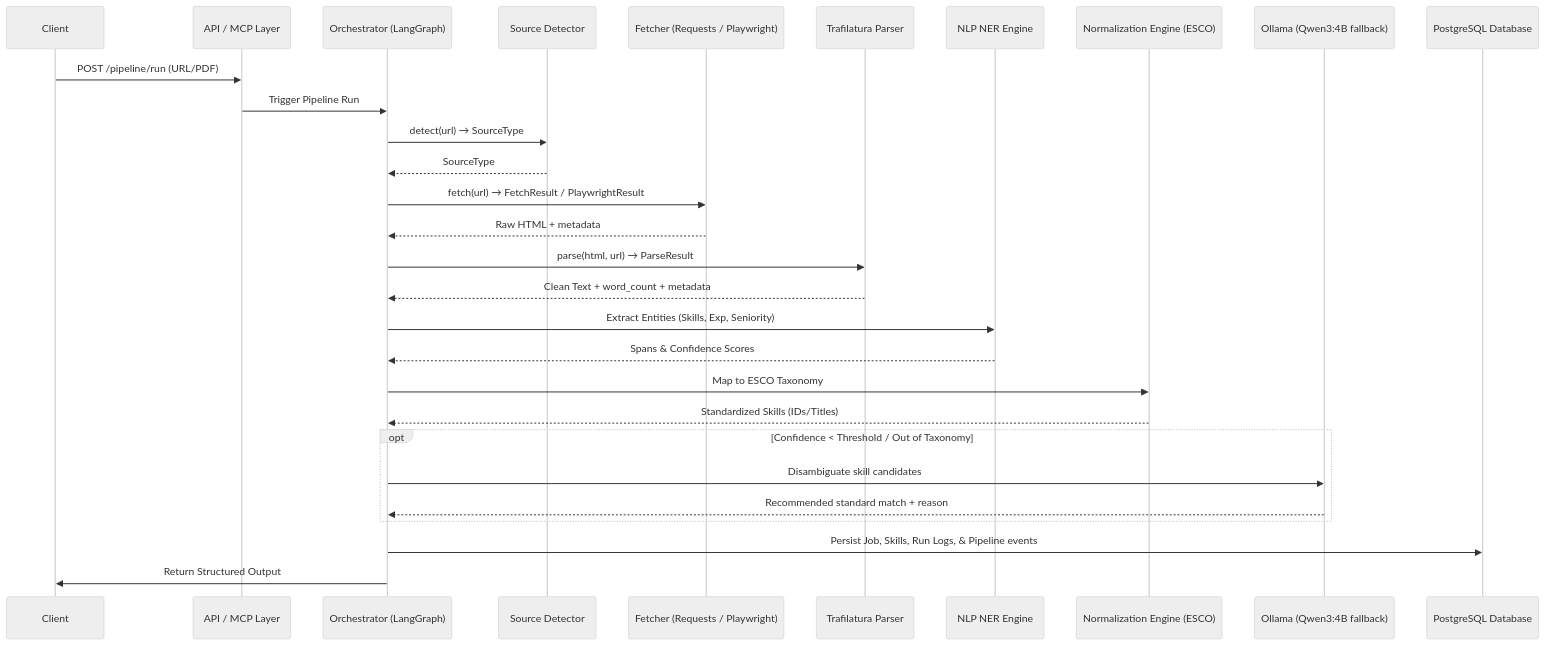
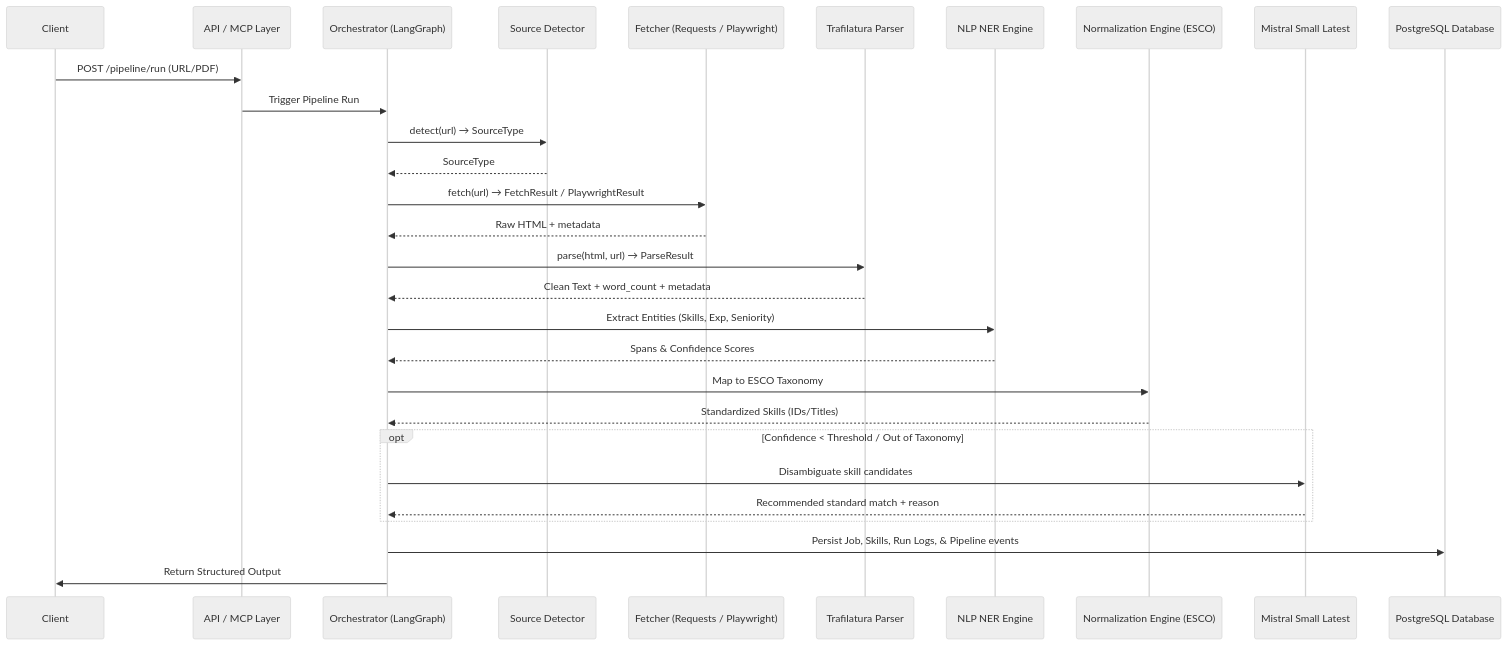
One commit to sbkxd/Job-Desription-Parser changed the second of 5 diagrams in architecture.md. Above: the diagram before and after it, drawn with Mermaid (neutral theme). The commit also changed other lines of this file and 17 other files, not shown here.

````diff
--- a/architecture.md
+++ b/architecture.md
@@ -97,32 +105,32 @@
 ```mermaid
 sequenceDiagram
     participant Client
     participant API as API / MCP Layer
     participant Orc as Orchestrator (LangGraph)
     participant Det as Source Detector
     participant Fetch as Fetcher (Requests / Playwright)
     participant Parse as Trafilatura Parser
     participant NLP as NLP NER Engine
     participant Norm as Normalization Engine (ESCO)
-    participant Olla as Ollama (Qwen3:4B fallback)
+    participant Mist as Mistral Small Latest
     participant DB as PostgreSQL Database
 
     Client->>API: POST /pipeline/run (URL/PDF)
     API->>Orc: Trigger Pipeline Run
     Orc->>Det: detect(url) → SourceType
     Det-->>Orc: SourceType
     Orc->>Fetch: fetch(url) → FetchResult / PlaywrightResult
     Fetch-->>Orc: Raw HTML + metadata
     Orc->>Parse: parse(html, url) → ParseResult
     Parse-->>Orc: Clean Text + word_count + metadata
     Orc->>NLP: Extract Entities (Skills, Exp, Seniority)
     NLP-->>Orc: Spans & Confidence Scores
     Orc->>Norm: Map to ESCO Taxonomy
     Norm-->>Orc: Standardized Skills (IDs/Titles)
     opt Confidence < Threshold / Out of Taxonomy
-        Orc->>Olla: Disambiguate skill candidates
-        Olla-->>Orc: Recommended standard match + reason
+        Orc->>Mist: Disambiguate skill candidates
+        Mist-->>Orc: Recommended standard match + reason
     end
     Orc->>DB: Persist Job, Skills, Run Logs, & Pipeline events
     Orc->>Client: Return Structured Output
 ```
````
